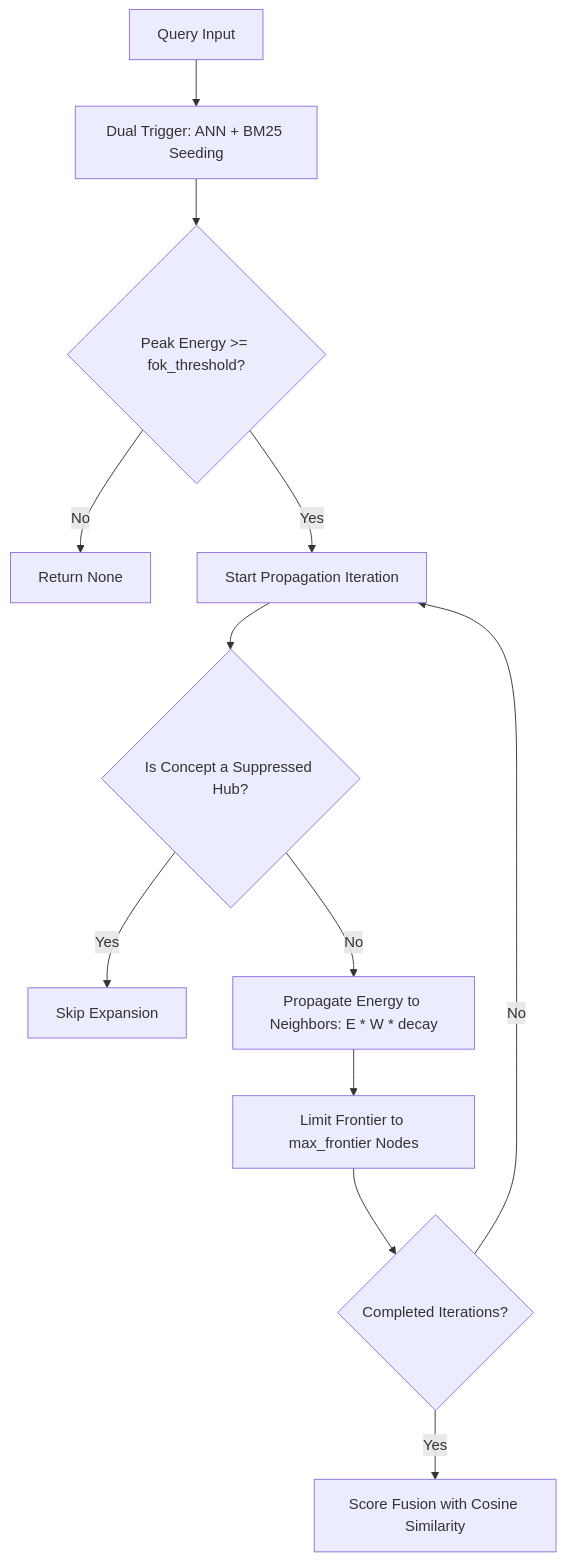
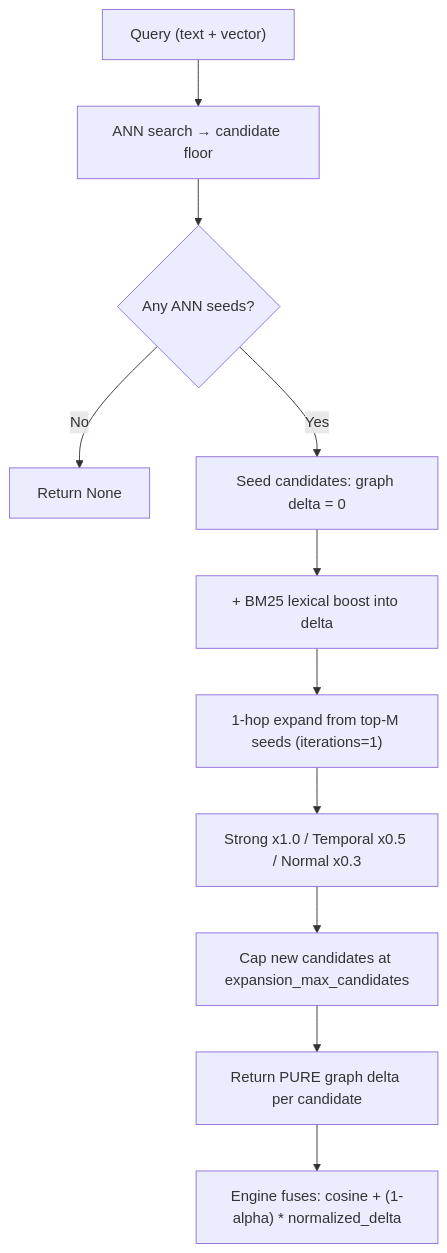
The second of 4 diagrams in docs/cognitive_graph.md (jatin711-debug/TurboSupermemory), drawn with Mermaid before and after one commit. The commit also changed other lines of this file and 18 other files, not shown here.

````diff
--- a/docs/cognitive_graph.md
+++ b/docs/cognitive_graph.md
@@ -96,14 +93,13 @@
 ```mermaid
 flowchart TD
-    Start["Query Input"] --> DualTrigger["Dual Trigger: ANN + BM25 Seeding"]
-    DualTrigger --> FOK{"Peak Energy >= fok_threshold?"}
-    FOK -- "No" --> ExitNone["Return None"]
-    FOK -- "Yes" --> PropLoop["Start Propagation Iteration"]
-    PropLoop --> HubCheck{"Is Concept a Suppressed Hub?"}
-    HubCheck -- "Yes" --> SkipNode["Skip Expansion"]
-    HubCheck -- "No" --> Expand["Propagate Energy to Neighbors: E * W * decay"]
-    Expand --> Frontier["Limit Frontier to max_frontier Nodes"]
-    Frontier --> LoopEnd{"Completed Iterations?"}
-    LoopEnd -- "No" --> PropLoop
-    LoopEnd -- "Yes" --> Fuse["Score Fusion with Cosine Similarity"]
+    Start["Query (text + vector)"] --> ANN["ANN search → candidate floor"]
+    ANN --> EmptyCheck{"Any ANN seeds?"}
+    EmptyCheck -- "No" --> ExitNone["Return None"]
+    EmptyCheck -- "Yes" --> Floor["Seed candidates: graph delta = 0"]
+    Floor --> BM25["+ BM25 lexical boost into delta"]
+    BM25 --> Expand["1-hop expand from top-M seeds (iterations=1)"]
+    Expand --> Pools["Strong x1.0 / Temporal x0.5 / Normal x0.3"]
+    Pools --> Cap["Cap new candidates at expansion_max_candidates"]
+    Cap --> Return["Return PURE graph delta per candidate"]
+    Return --> Fuse["Engine fuses: cosine + (1-alpha) * normalized_delta"]
 ```
````
